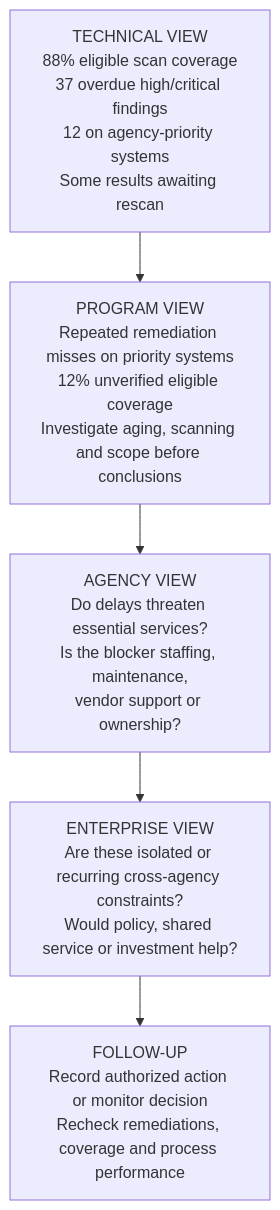
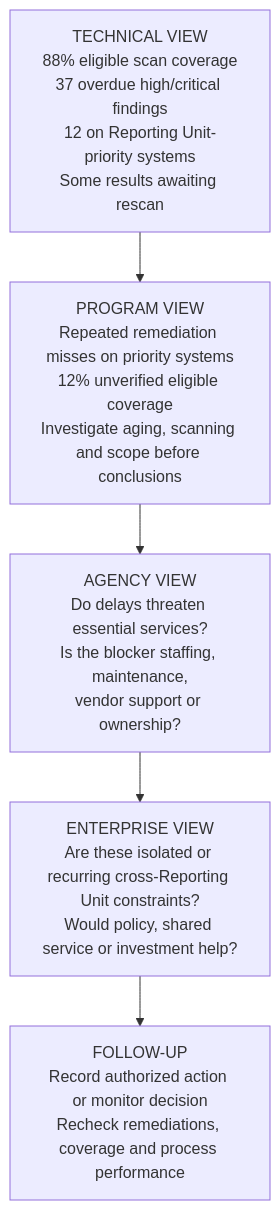
The diagram in briefings/04-vulnerability-walkthrough.md (11bztaylor/ReporttheReporter), drawn with Mermaid before and after one commit. The commit also changed other lines of this file, not shown here.

Commit message:
Standardize neutral terminology across briefing and references

````diff
--- a/briefings/04-vulnerability-walkthrough.md
+++ b/briefings/04-vulnerability-walkthrough.md
@@ -5,8 +5,8 @@
 ```mermaid
 flowchart TD
- T["TECHNICAL VIEW<br/>88% eligible scan coverage<br/>37 overdue high/critical findings<br/>12 on agency-priority systems<br/>Some results awaiting rescan"]
+ T["TECHNICAL VIEW<br/>88% eligible scan coverage<br/>37 overdue high/critical findings<br/>12 on Reporting Unit-priority systems<br/>Some results awaiting rescan"]
  --> P["PROGRAM VIEW<br/>Repeated remediation misses on priority systems<br/>12% unverified eligible coverage<br/>Investigate aging, scanning and scope before conclusions"]
  P --> A["AGENCY VIEW<br/>Do delays threaten essential services?<br/>Is the blocker staffing, maintenance,<br/>vendor support or ownership?"]
- A --> E["ENTERPRISE VIEW<br/>Are these isolated or recurring cross-agency constraints?<br/>Would policy, shared service or investment help?"]
+ A --> E["ENTERPRISE VIEW<br/>Are these isolated or recurring cross-Reporting Unit constraints?<br/>Would policy, shared service or investment help?"]
  E --> R["FOLLOW-UP<br/>Record authorized action or monitor decision<br/>Recheck remediations, coverage and process performance"]
 ```
````
